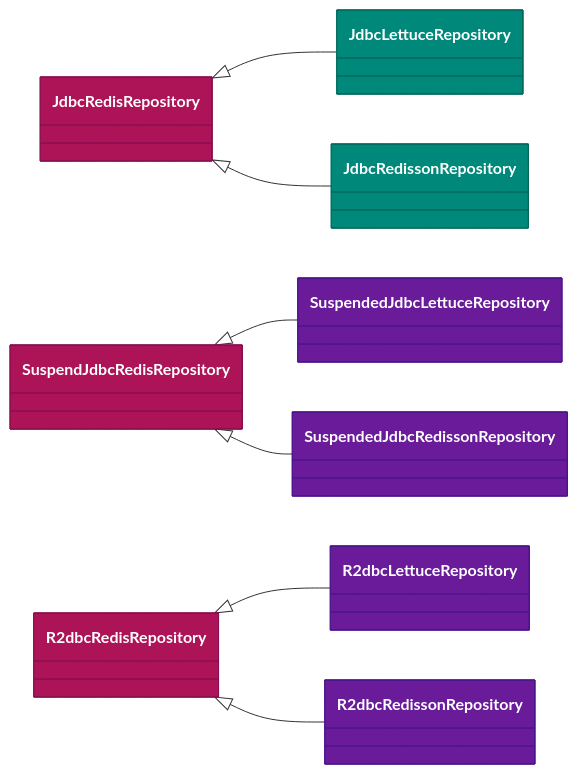
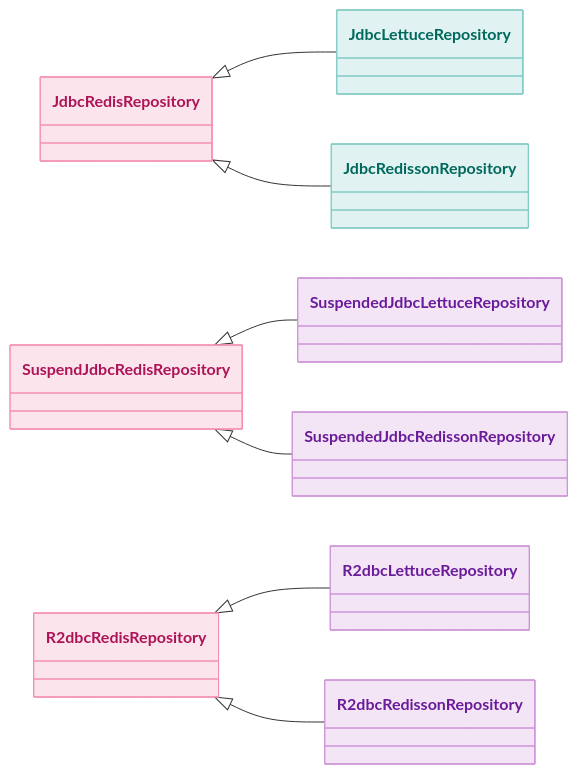
Before and after one commit to bluetape4k/bluetape4k-projects: the second of 3 diagrams in data/exposed-cache/README.ko.md, drawn with Mermaid. The commit also changed other lines of this file and 219 other files, not shown here.

First line of the commit message:
docs: 전체 README Mermaid 다이어그램 가이드 적용

````diff
--- a/data/exposed-cache/README.ko.md
+++ b/data/exposed-cache/README.ko.md
@@ -110,20 +110,20 @@
 ```mermaid
 classDiagram
     direction LR
     JdbcRedisRepository <|-- JdbcLettuceRepository
     JdbcRedisRepository <|-- JdbcRedissonRepository
     SuspendJdbcRedisRepository <|-- SuspendedJdbcLettuceRepository
     SuspendJdbcRedisRepository <|-- SuspendedJdbcRedissonRepository
     R2dbcRedisRepository <|-- R2dbcLettuceRepository
     R2dbcRedisRepository <|-- R2dbcRedissonRepository
 
-    style JdbcRedisRepository fill:#AD1457,stroke:#880E4F,color:#FFFFFF
-    style SuspendJdbcRedisRepository fill:#AD1457,stroke:#880E4F,color:#FFFFFF
-    style R2dbcRedisRepository fill:#AD1457,stroke:#880E4F,color:#FFFFFF
-    style JdbcLettuceRepository fill:#00897B,stroke:#00695C,color:#FFFFFF
-    style JdbcRedissonRepository fill:#00897B,stroke:#00695C,color:#FFFFFF
-    style SuspendedJdbcLettuceRepository fill:#6A1B9A,stroke:#4A148C,color:#FFFFFF
-    style SuspendedJdbcRedissonRepository fill:#6A1B9A,stroke:#4A148C,color:#FFFFFF
-    style R2dbcLettuceRepository fill:#6A1B9A,stroke:#4A148C,color:#FFFFFF
-    style R2dbcRedissonRepository fill:#6A1B9A,stroke:#4A148C,color:#FFFFFF
+    style JdbcRedisRepository fill:#FCE4EC,stroke:#F48FB1,color:#AD1457
+    style SuspendJdbcRedisRepository fill:#FCE4EC,stroke:#F48FB1,color:#AD1457
+    style R2dbcRedisRepository fill:#FCE4EC,stroke:#F48FB1,color:#AD1457
+    style JdbcLettuceRepository fill:#E0F2F1,stroke:#80CBC4,color:#00695C
+    style JdbcRedissonRepository fill:#E0F2F1,stroke:#80CBC4,color:#00695C
+    style SuspendedJdbcLettuceRepository fill:#F3E5F5,stroke:#CE93D8,color:#6A1B9A
+    style SuspendedJdbcRedissonRepository fill:#F3E5F5,stroke:#CE93D8,color:#6A1B9A
+    style R2dbcLettuceRepository fill:#F3E5F5,stroke:#CE93D8,color:#6A1B9A
+    style R2dbcRedissonRepository fill:#F3E5F5,stroke:#CE93D8,color:#6A1B9A
 ```
````
